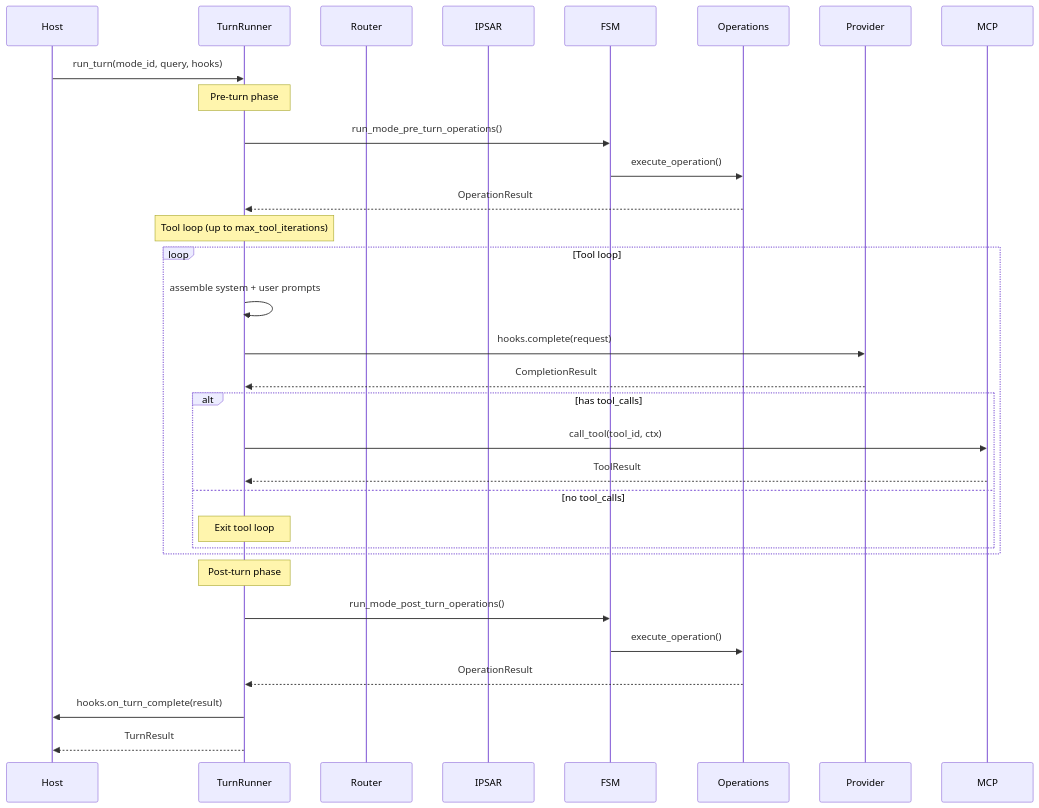
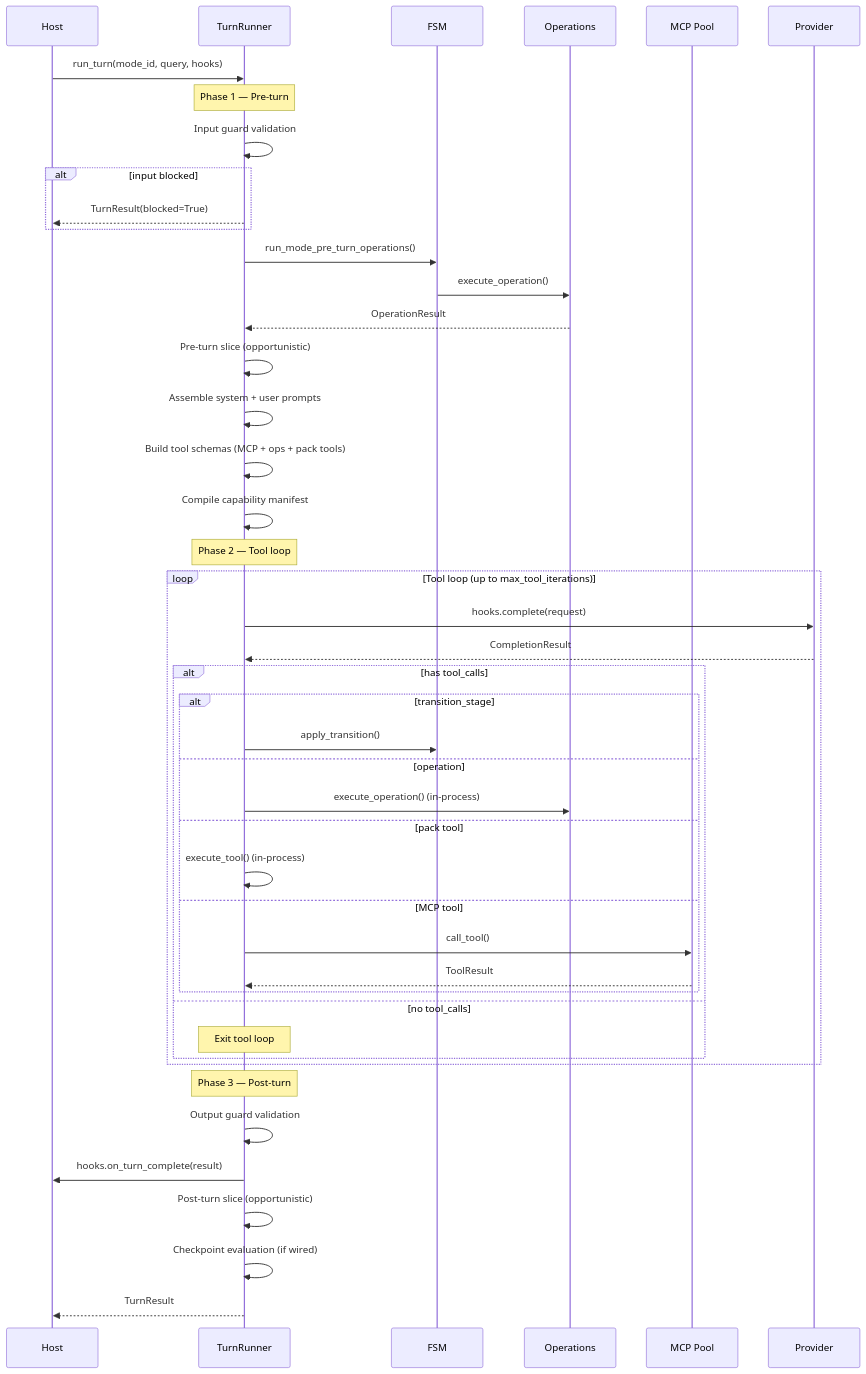
The first of 4 diagrams in docs/KERNEL_ARCHITECTURE.md (Lisa-Harness/lisa), drawn with Mermaid before and after one commit. The commit also changed other lines of this file and 4 other files, not shown here.

````diff
--- a/docs/KERNEL_ARCHITECTURE.md
+++ b/docs/KERNEL_ARCHITECTURE.md
@@ -70,38 +80,51 @@
 ```mermaid
 sequenceDiagram
     participant Host
     participant TurnRunner
-    participant Router
-    participant IPSAR
     participant FSM
     participant Operations
+    participant MCP Pool
     participant Provider
 
     Host->>TurnRunner: run_turn(mode_id, query, hooks)
-    
-    Note over TurnRunner: Pre-turn phase
+
+    Note over TurnRunner: Phase 1 — Pre-turn
+    TurnRunner->>TurnRunner: Input guard validation
+    alt input blocked
+        TurnRunner-->>Host: TurnResult(blocked=True)
+    end
     TurnRunner->>FSM: run_mode_pre_turn_operations()
     FSM->>Operations: execute_operation()
     Operations-->>TurnRunner: OperationResult
-    
-    Note over TurnRunner: Tool loop (up to max_tool_iterations)
-    loop Tool loop
-        TurnRunner->>TurnRunner: assemble system + user prompts
+    TurnRunner->>TurnRunner: Pre-turn slice (opportunistic)
+    TurnRunner->>TurnRunner: Assemble system + user prompts
+    TurnRunner->>TurnRunner: Build tool schemas (MCP + ops + pack tools)
+    TurnRunner->>TurnRunner: Compile capability manifest
+
+    Note over TurnRunner: Phase 2 — Tool loop
+    loop Tool loop (up to max_tool_iterations)
         TurnRunner->>Provider: hooks.complete(request)
         Provider-->>TurnRunner: CompletionResult
         alt has tool_calls
-          TurnRunner->>MCP: call_tool(tool_id, ctx)
-          MCP-->>TurnRunner: ToolResult
+            alt transition_stage
+                TurnRunner->>FSM: apply_transition()
+            else operation
+                TurnRunner->>Operations: execute_operation() (in-process)
+            else pack tool
+                TurnRunner->>TurnRunner: execute_tool() (in-process)
+            else MCP tool
+                TurnRunner->>MCP Pool: call_tool()
+                MCP Pool-->>TurnRunner: ToolResult
+            end
         else no tool_calls
             Note over TurnRunner: Exit tool loop
         end
     end
-    
-    Note over TurnRunner: Post-turn phase
-    TurnRunner->>FSM: run_mode_post_turn_operations()
-    FSM->>Operations: execute_operation()
-    Operations-->>TurnRunner: OperationResult
-    
+
+    Note over TurnRunner: Phase 3 — Post-turn
+    TurnRunner->>TurnRunner: Output guard validation
     TurnRunner->>Host: hooks.on_turn_complete(result)
+    TurnRunner->>TurnRunner: Post-turn slice (opportunistic)
+    TurnRunner->>TurnRunner: Checkpoint evaluation (if wired)
     TurnRunner-->>Host: TurnResult
 ```
````
